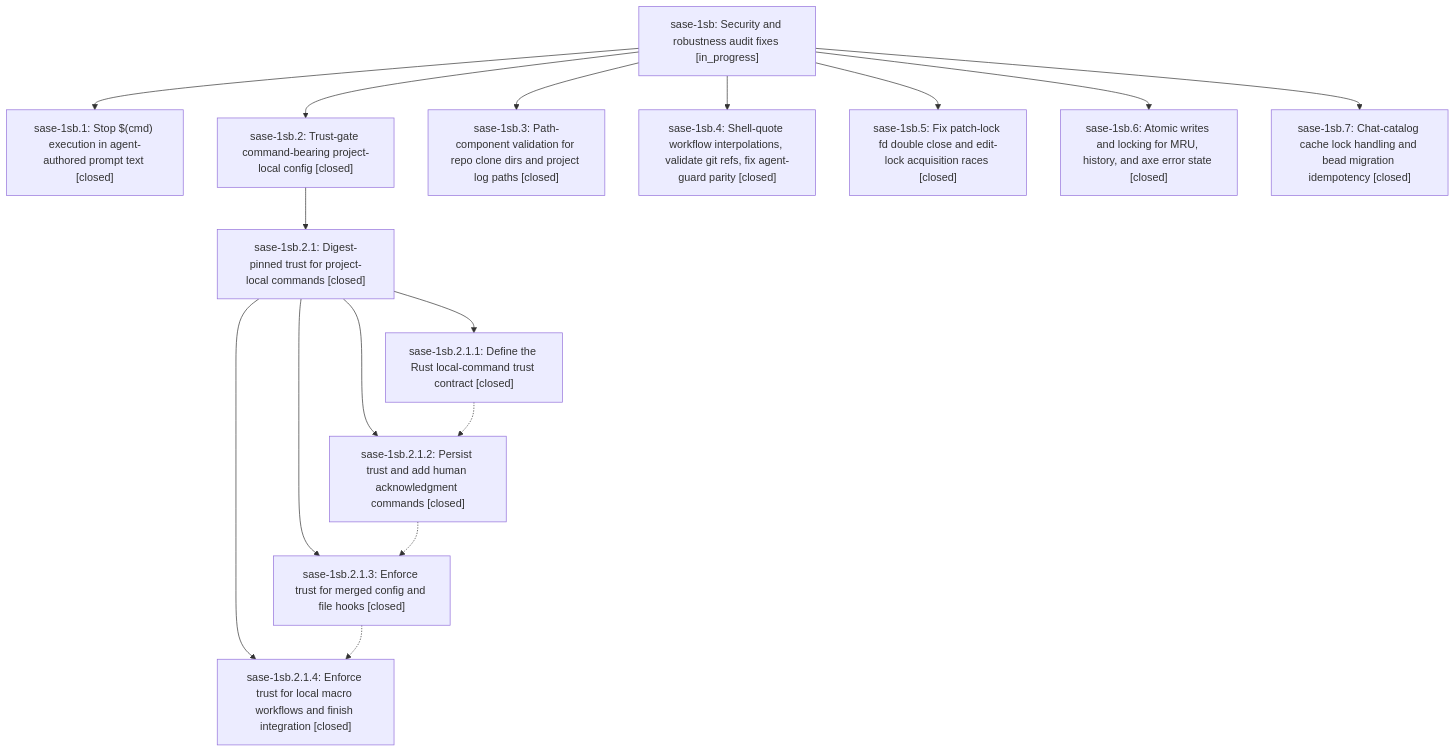
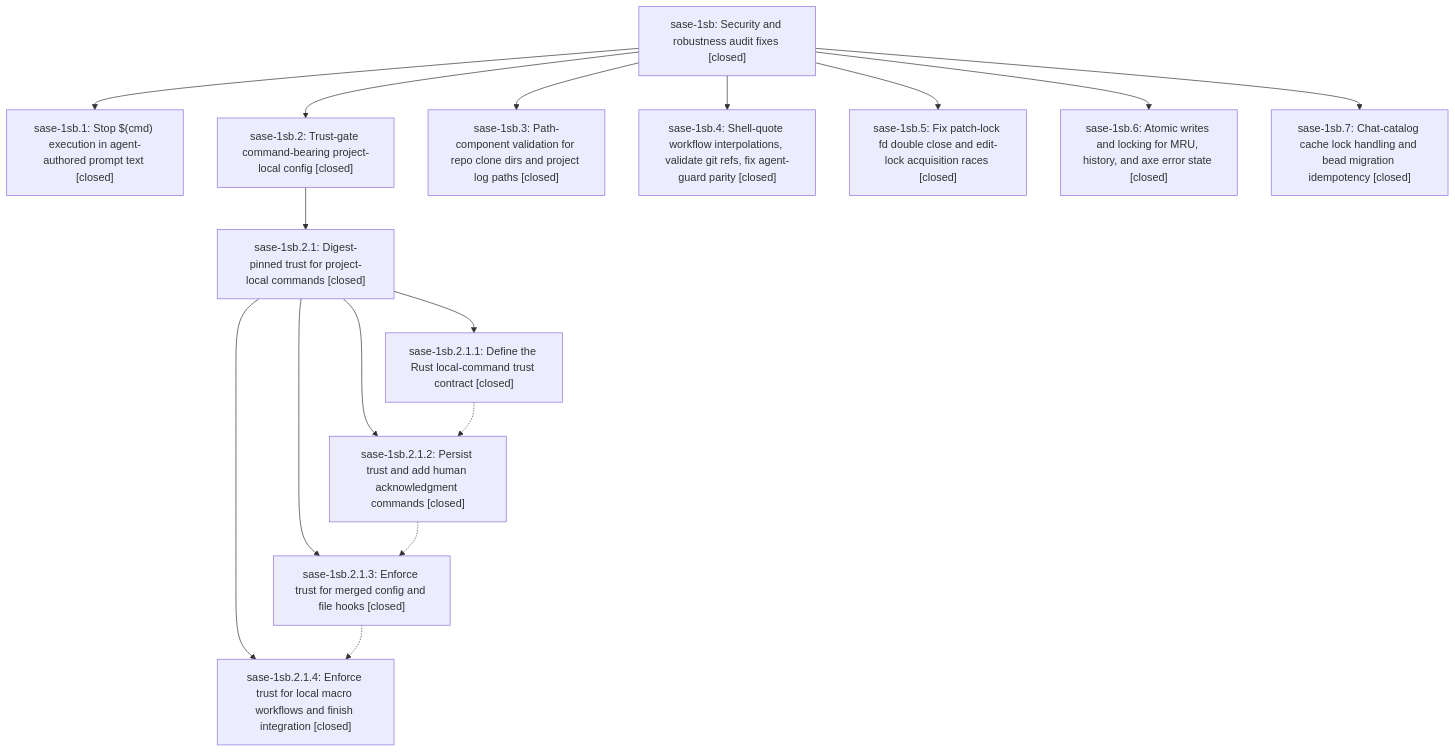
Before and after one commit to sase-org/sase--beads: the diagram in pages/sase-1sb/README.md, drawn with Mermaid. The commit also changed other lines of this file and 9 other files, not shown here.

````diff
--- a/pages/sase-1sb/README.md
+++ b/pages/sase-1sb/README.md
@@ -46,31 +68,31 @@
 ```mermaid
 flowchart TD
-    n0["sase-1sb: Security and robustness audit fixes [in_progress]"]
+    n0["sase-1sb: Security and robustness audit fixes [closed]"]
     n1["sase-1sb.1: Stop $(cmd) execution in agent-authored prompt text [closed]"]
     n2["sase-1sb.2: Trust-gate command-bearing project-local config [closed]"]
     n3["sase-1sb.2.1: Digest-pinned trust for project-local commands [closed]"]
     n4["sase-1sb.2.1.1: Define the Rust local-command trust contract [closed]"]
     n5["sase-1sb.2.1.2: Persist trust and add human acknowledgment commands [closed]"]
     n6["sase-1sb.2.1.3: Enforce trust for merged config and file hooks [closed]"]
     n7["sase-1sb.2.1.4: Enforce trust for local macro workflows and finish integration [closed]"]
     n8["sase-1sb.3: Path-component validation for repo clone dirs and project log paths [closed]"]
     n9["sase-1sb.4: Shell-quote workflow interpolations, validate git refs, fix agent-guard parity [closed]"]
     n10["sase-1sb.5: Fix patch-lock fd double close and edit-lock acquisition races [closed]"]
     n11["sase-1sb.6: Atomic writes and locking for MRU, history, and axe error state [closed]"]
     n12["sase-1sb.7: Chat-catalog cache lock handling and bead migration idempotency [closed]"]
     n0 --> n1
     n0 --> n2
     n2 --> n3
     n3 --> n4
     n3 --> n5
     n3 --> n6
     n3 --> n7
     n0 --> n8
     n0 --> n9
     n0 --> n10
     n0 --> n11
     n0 --> n12
     n4 -.-> n5
     n5 -.-> n6
     n6 -.-> n7
 ```
````
